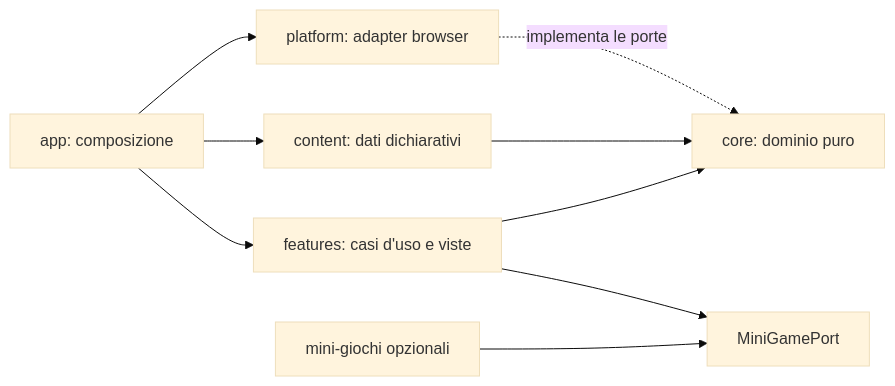
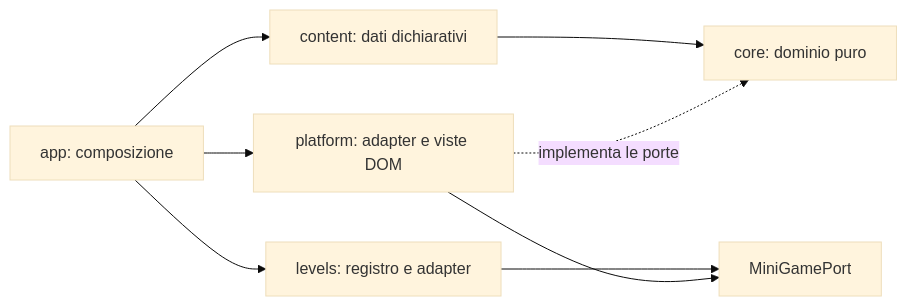
One commit to ceccode/varano-239 changed the diagram in docs/ARCHITECTURE.md. Above: the diagram before and after it, drawn with Mermaid (base theme). The commit also changed other lines of this file and 15 other files, not shown here.

````diff
--- a/docs/ARCHITECTURE.md
+++ b/docs/ARCHITECTURE.md
@@ -123,11 +90,10 @@
 ```mermaid
 flowchart LR
-  App["app: composizione"] --> Features["features: casi d'uso e viste"]
-  App --> Platform["platform: adapter browser"]
+  App["app: composizione"] --> Platform["platform: adapter e viste DOM"]
   App --> Content["content: dati dichiarativi"]
-  Features --> Core["core: dominio puro"]
-  Content --> Core
+  App --> Levels["levels: registro e adapter"]
+  Content --> Core["core: dominio puro"]
   Platform -. "implementa le porte" .-> Core
-  MiniGames["mini-giochi opzionali"] --> MiniPort["MiniGamePort"]
-  Features --> MiniPort
+  Levels --> LevelPort["MiniGamePort"]
+  Platform --> LevelPort
 ```
````
